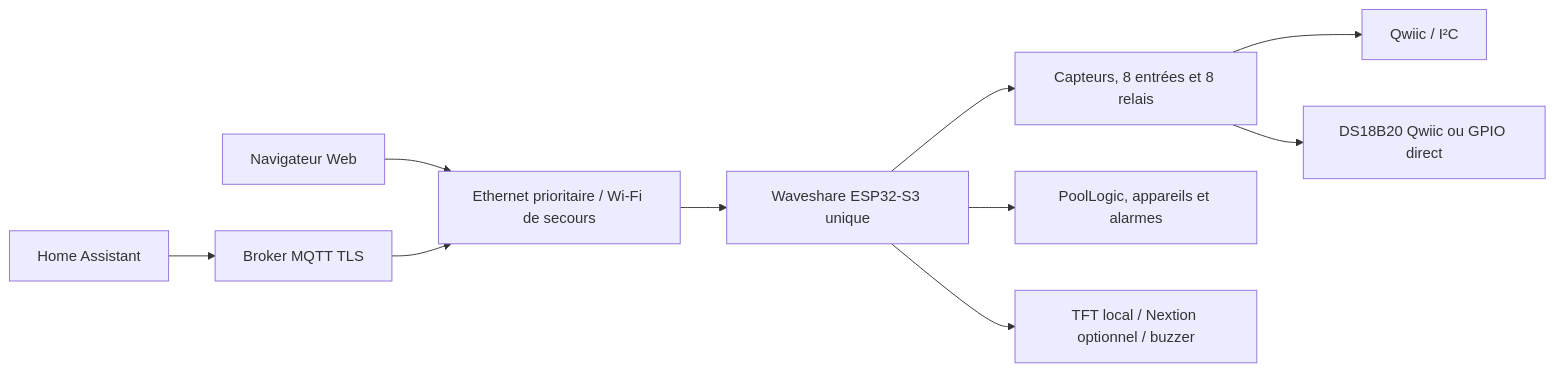
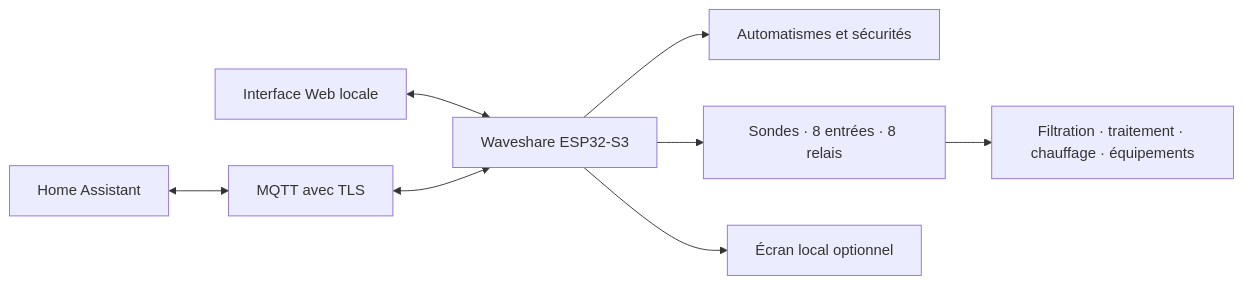
Before and after one commit to D-Salmon/flow.io: the diagram in README.md, drawn with Mermaid. The commit also changed other lines of this file, not shown here.

````diff
--- a/README.md
+++ b/README.md
@@ -187,12 +47,10 @@
-```mermaid
+~~~mermaid
 flowchart LR
-    UI["Navigateur Web"] --> NET["Ethernet prioritaire / Wi-Fi de secours"]
-    HA["Home Assistant"] --> MQTT["Broker MQTT TLS"]
-    MQTT --> NET
-    NET --> ESP["Waveshare ESP32-S3 unique"]
-    ESP --> IO["Capteurs, 8 entrées et 8 relais"]
-    ESP --> LOGIC["PoolLogic, appareils et alarmes"]
-    ESP --> HMI["TFT local / Nextion optionnel / buzzer"]
-    IO --> Q["Qwiic / I²C"]
-    IO --> TEMP["DS18B20 Qwiic ou GPIO direct"]
-```
+    WEB["Interface Web locale"] <--> CTRL["Waveshare ESP32-S3"]
+    HA["Home Assistant"] <--> MQTT["MQTT avec TLS"]
+    MQTT <--> CTRL
+    CTRL --> LOGIC["Automatismes et sécurités"]
+    CTRL --> IO["Sondes · 8 entrées · 8 relais"]
+    CTRL --> DISPLAY["Écran local optionnel"]
+    IO --> POOL["Filtration · traitement · chauffage · équipements"]
+~~~
````
